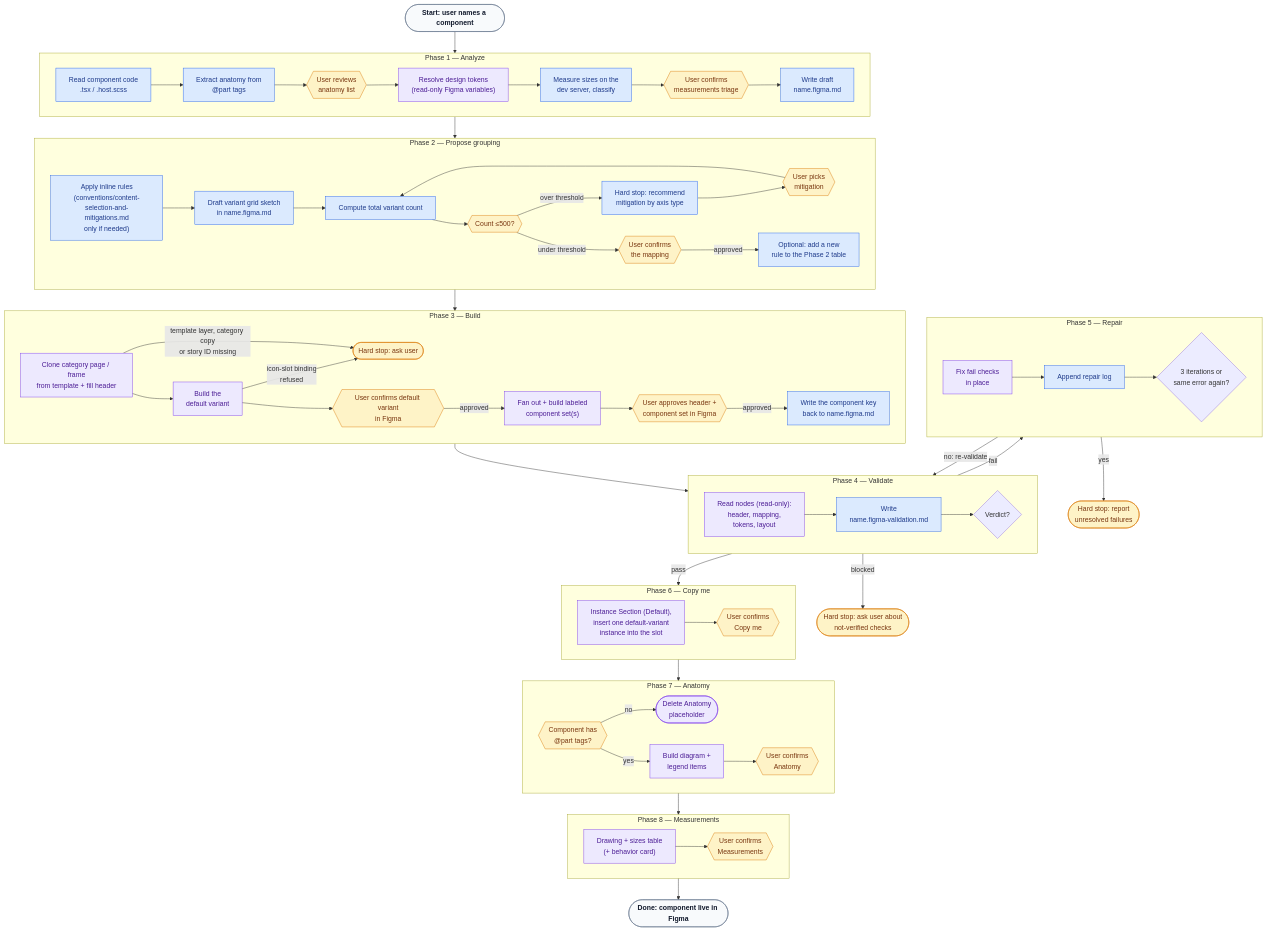
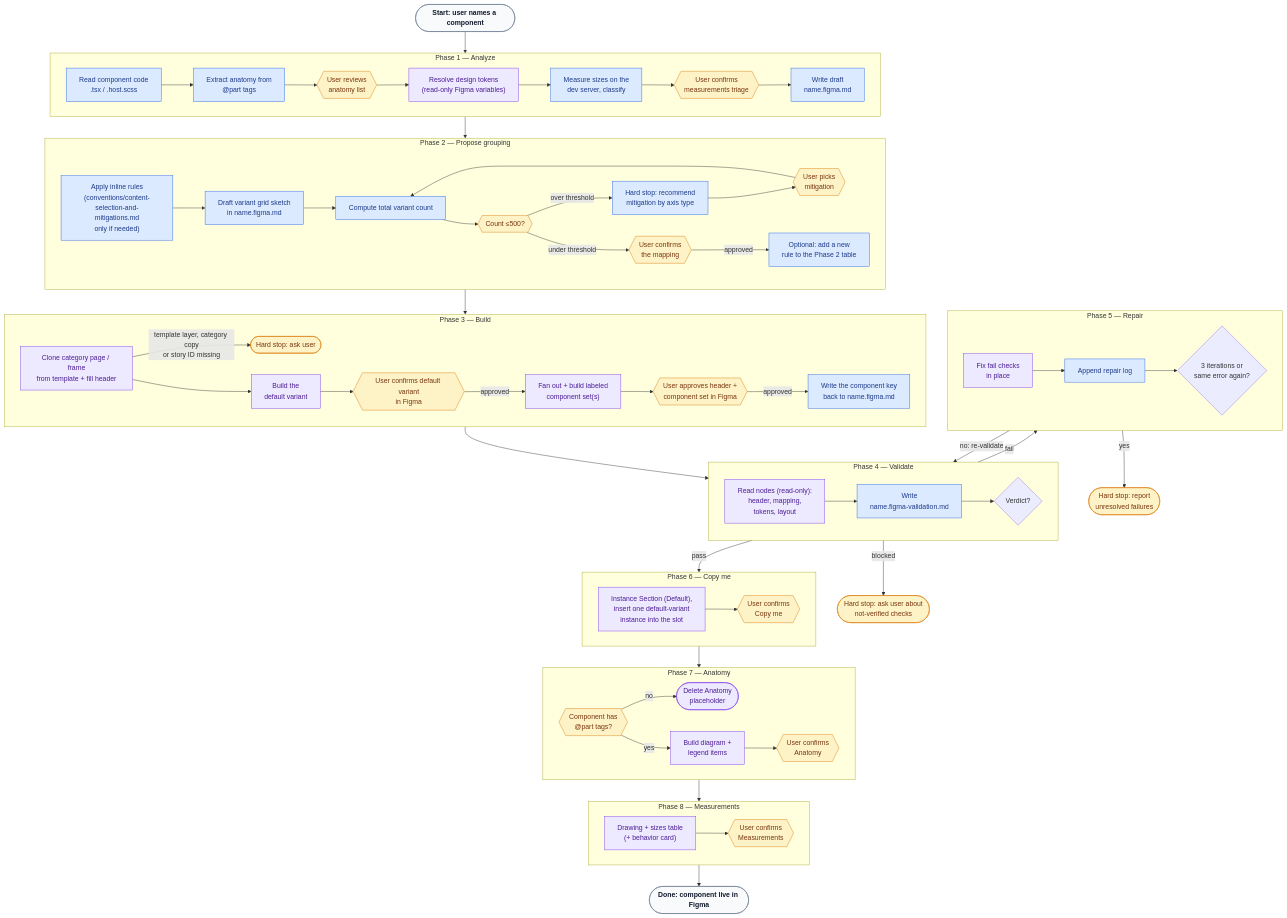
The diagram in .claude/skills/ds-code-to-figma/SKILL.md (helvetia-design/design-system), drawn with Mermaid before and after one commit. The commit also changed 19 other files, not shown here.

```diff
--- a/.claude/skills/ds-code-to-figma/SKILL.md
+++ b/.claude/skills/ds-code-to-figma/SKILL.md
@@ -85,7 +85,6 @@
         direction LR
         P3a["Clone category page / frame<br/>from template + fill header"]:::figma -->|template layer, category copy<br/>or story ID missing| P3h(["Hard stop: ask user"]):::human
         P3a --> P3b["Build the<br/>default variant"]:::figma
-        P3b -->|icon-slot binding<br/>refused| P3h
         P3b --> P3c{{"User confirms default variant<br/>in Figma"}}:::human
         P3c -->|approved| P3d["Fan out + build labeled<br/>component set(s)"]:::figma
         P3d --> P3f{{"User approves header +<br/>component set in Figma"}}:::human
```
